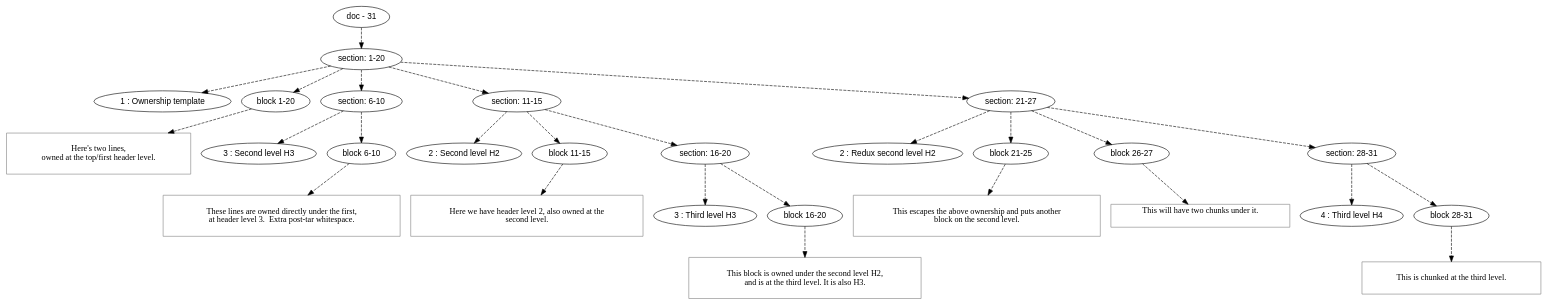
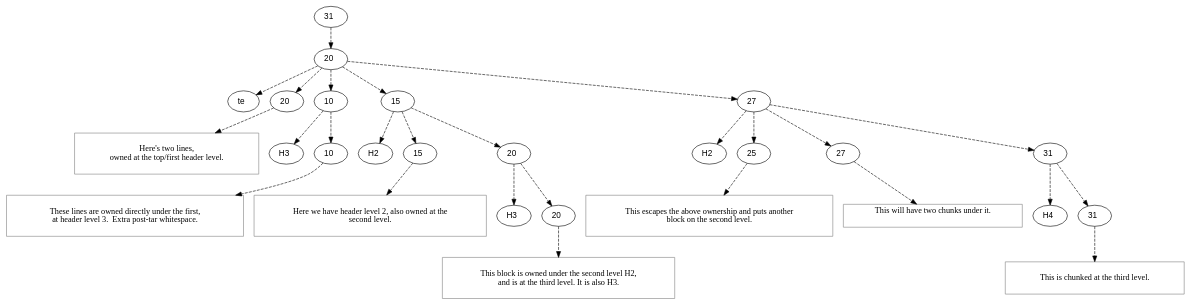
The diagram in orb/dot/samples/own_template.gm.dot (mnemnion/orb), drawn with Graphviz before and after one commit. The commit also changed 122 other files, not shown here.

```diff
--- a/orb/dot/samples/own_template.gm.dot
+++ b/orb/dot/samples/own_template.gm.dot
@@ -1,95 +1,95 @@
 digraph hierarchy {
 
 node [fontname=Helvetica]
 edge [style=dashed]
 
-doc_0 [label="doc - 31"]
+doc_0 [label="31  "]
 
 doc_0 -> { section_1}
 {rank=same; section_1}
 
-section_1 [label="section: 1-20"]
+section_1 [label="20  "]
 
 section_1 -> { header_2 block_3 section_4 section_5 section_6}
 {rank=same; header_2 block_3 section_4 section_5 section_6}
 
-header_2 [label="1 : Ownership template"]
-block_3 [label="block 1-20"]
-section_4 [label="section: 6-10"]
-section_5 [label="section: 11-15"]
-section_6 [label="section: 21-27"]
+header_2 [label="te  "]
+block_3 [label="20  "]
+section_4 [label="10  "]
+section_5 [label="15  "]
+section_6 [label="27  "]
 
 
 block_3 -> leaf_7
 leaf_7  [color=Gray,shape=rectangle,fontname=Inconsolata,label="
 Here's two lines,
 owned at the top/first header level.
 
 "]section_4 -> { header_8 block_9}
 {rank=same; header_8 block_9}
 
-header_8 [label="3 : Second level H3"]
-block_9 [label="block 6-10"]
+header_8 [label="H3  "]
+block_9 [label="10  "]
 
 
 block_9 -> leaf_10
 leaf_10  [color=Gray,shape=rectangle,fontname=Inconsolata,label="
 These lines are owned directly under the first,
 at header level 3.  Extra post-tar whitespace.
 
 "]section_5 -> { header_11 block_12 section_13}
 {rank=same; header_11 block_12 section_13}
 
-header_11 [label="2 : Second level H2"]
-block_12 [label="block 11-15"]
-section_13 [label="section: 16-20"]
+header_11 [label="H2  "]
+block_12 [label="15  "]
+section_13 [label="20  "]
 
 
 block_12 -> leaf_14
 leaf_14  [color=Gray,shape=rectangle,fontname=Inconsolata,label="
 Here we have header level 2, also owned at the
 second level.
 
 "]section_13 -> { header_15 block_16}
 {rank=same; header_15 block_16}
 
-header_15 [label="3 : Third level H3"]
-block_16 [label="block 16-20"]
+header_15 [label="H3  "]
+block_16 [label="20  "]
 
 
 block_16 -> leaf_17
 leaf_17  [color=Gray,shape=rectangle,fontname=Inconsolata,label="
 This block is owned under the second level H2,
 and is at the third level. It is also H3.
 
 "]section_6 -> { header_18 block_19 block_20 section_21}
 {rank=same; header_18 block_19 block_20 section_21}
 
-header_18 [label="2 : Redux second level H2"]
-block_19 [label="block 21-25"]
-block_20 [label="block 26-27"]
-section_21 [label="section: 28-31"]
+header_18 [label="H2  "]
+block_19 [label="25  "]
+block_20 [label="27  "]
+section_21 [label="31  "]
 
 
 block_19 -> leaf_22
 leaf_22  [color=Gray,shape=rectangle,fontname=Inconsolata,label="
 This escapes the above ownership and puts another
 block on the second level.
 
 "]
 block_20 -> leaf_23
 leaf_23  [color=Gray,shape=rectangle,fontname=Inconsolata,label="This will have two chunks under it.
 
 "]section_21 -> { header_24 block_25}
 {rank=same; header_24 block_25}
 
-header_24 [label="4 : Third level H4"]
-block_25 [label="block 28-31"]
+header_24 [label="H4  "]
+block_25 [label="31  "]
 
 
 block_25 -> leaf_26
 leaf_26  [color=Gray,shape=rectangle,fontname=Inconsolata,label="
 This is chunked at the third level.
 
 "]
 }
```
